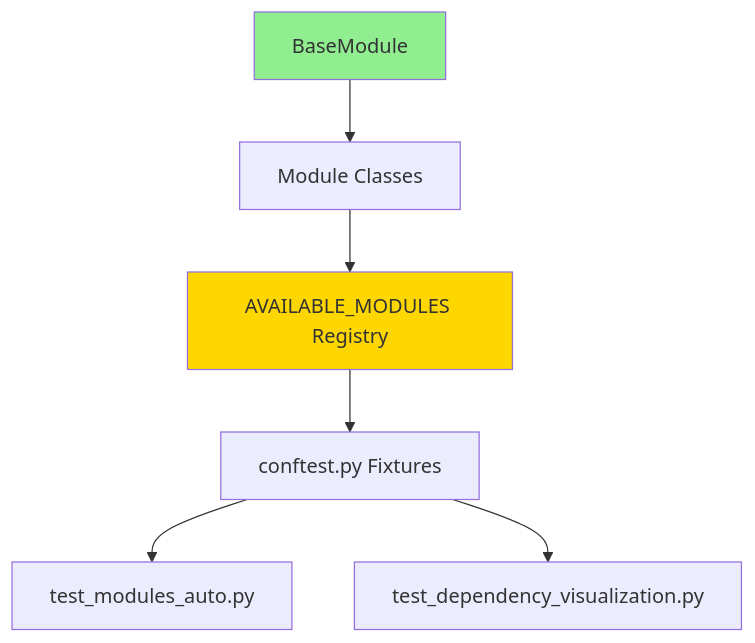
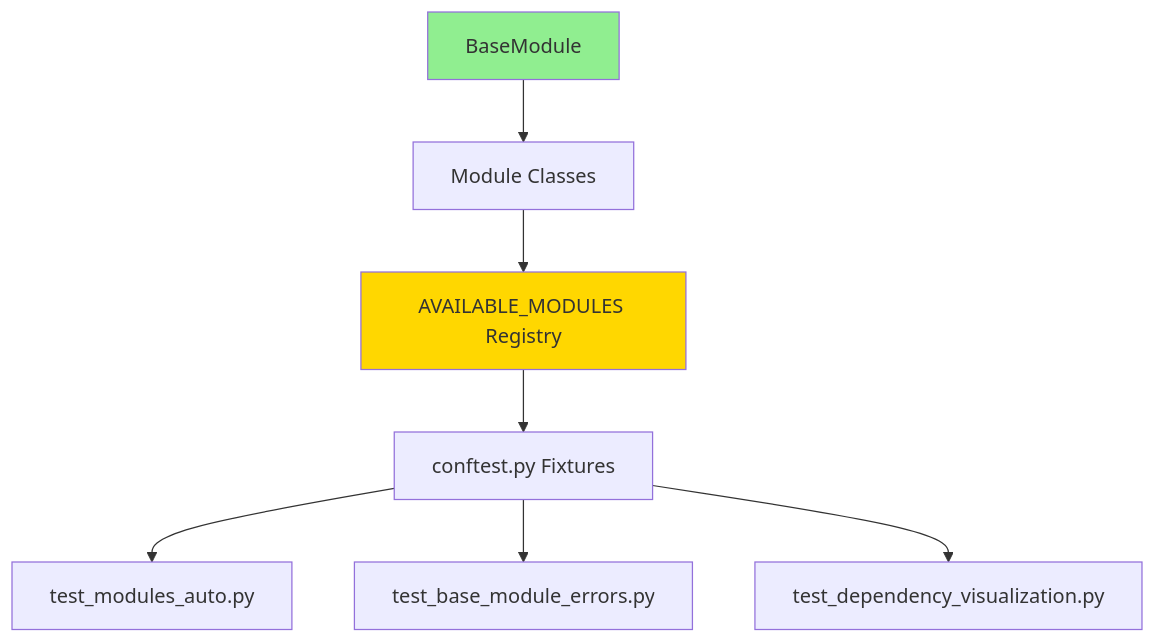
The diagram in docs/v3/testing/module_test_suite_overview.md (ThuyHaLE/OptiMoldIQ), drawn with Mermaid before and after one commit. The commit also changed other lines of this file and 27 other files, not shown here.

````diff
--- a/docs/v3/testing/module_test_suite_overview.md
+++ b/docs/v3/testing/module_test_suite_overview.md
@@ -114,11 +58,12 @@
 ```mermaid
 graph TD
     A[BaseModule] --> B[Module Classes]
     B --> C[AVAILABLE_MODULES Registry]
     C --> D[conftest.py Fixtures]
     D --> E[test_modules_auto.py]
-    D --> F[test_dependency_visualization.py]
-    
+    D --> F[test_base_module_errors.py]
+    D --> G[test_dependency_visualization.py]
+
     style A fill:#90EE90
     style C fill:#FFD700
 ```
````
